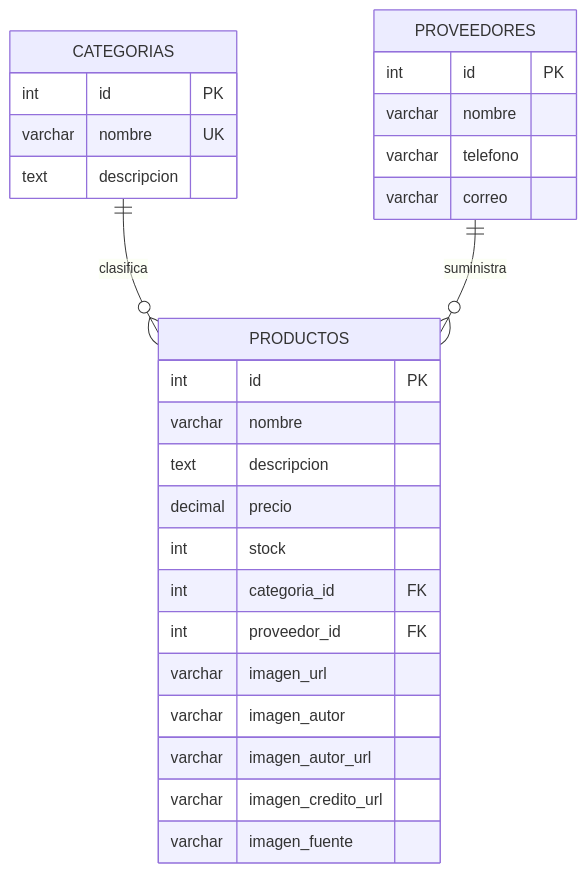
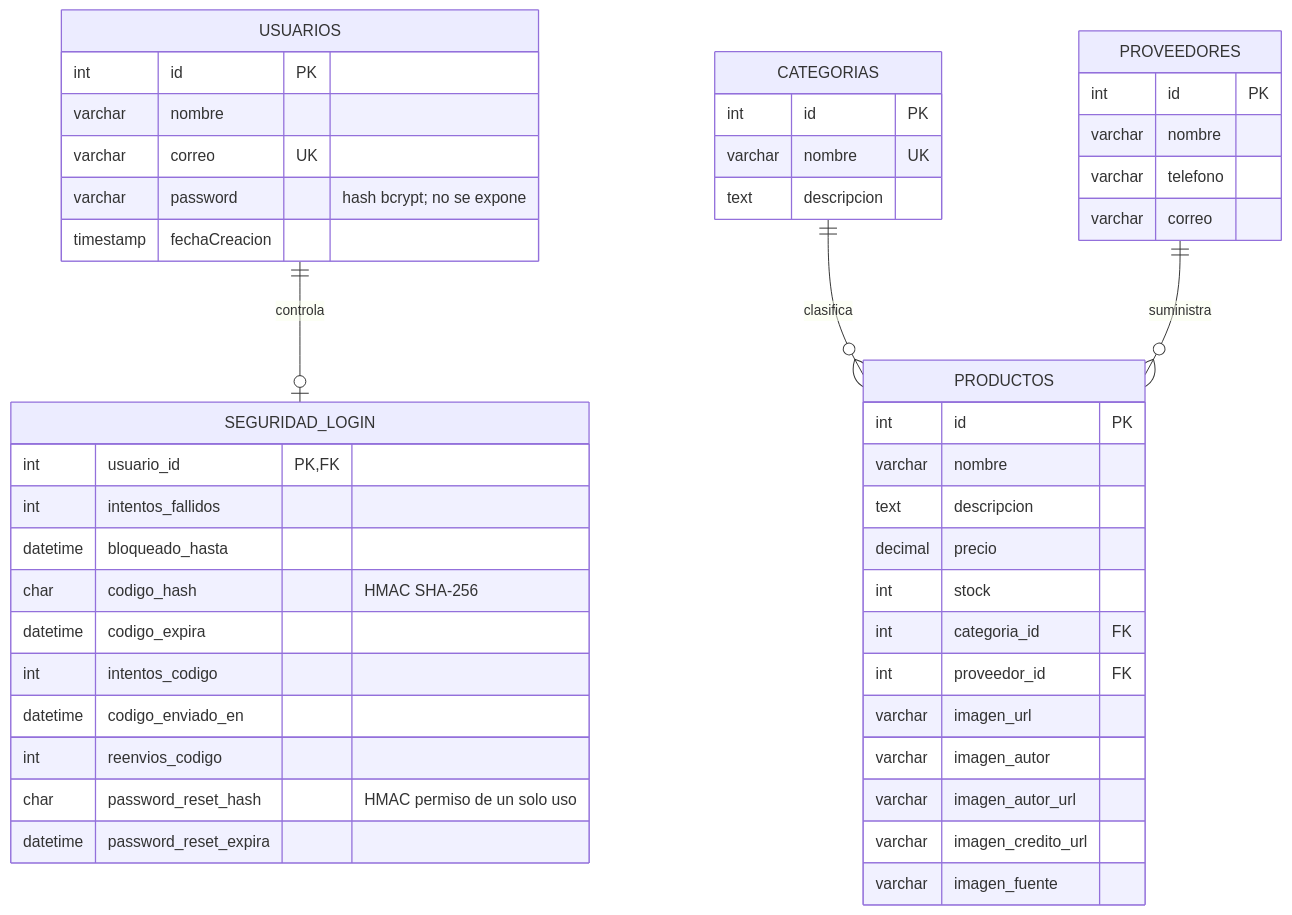
One commit to kevinob03/mini_proyecto1_backend changed the diagram in docs/modelo-datos.md. Above: the diagram before and after it, drawn with Mermaid. The commit also changed other lines of this file and 31 other files, not shown here.

Commit message:
Complete NOIR Day 2 authentication and lockout flow

````diff
--- a/docs/modelo-datos.md
+++ b/docs/modelo-datos.md
@@ -27,30 +42,50 @@
 ```mermaid
 erDiagram
+  USUARIOS ||--o| SEGURIDAD_LOGIN : controla
+  USUARIOS {
+    int id PK
+    varchar nombre
+    varchar correo UK
+    varchar password "hash bcrypt; no se expone"
+    timestamp fechaCreacion
+  }
+  SEGURIDAD_LOGIN {
+    int usuario_id PK, FK
+    int intentos_fallidos
+    datetime bloqueado_hasta
+    char codigo_hash "HMAC SHA-256"
+    datetime codigo_expira
+    int intentos_codigo
+    datetime codigo_enviado_en
+    int reenvios_codigo
+    char password_reset_hash "HMAC permiso de un solo uso"
+    datetime password_reset_expira
+  }
   CATEGORIAS ||--o{ PRODUCTOS : clasifica
   PROVEEDORES ||--o{ PRODUCTOS : suministra
   CATEGORIAS {
     int id PK
     varchar nombre UK
     text descripcion
   }
   PROVEEDORES {
     int id PK
     varchar nombre
     varchar telefono
     varchar correo
   }
   PRODUCTOS {
     int id PK
     varchar nombre
     text descripcion
     decimal precio
     int stock
     int categoria_id FK
     int proveedor_id FK
     varchar imagen_url
     varchar imagen_autor
     varchar imagen_autor_url
     varchar imagen_credito_url
     varchar imagen_fuente
   }
 ```
````
